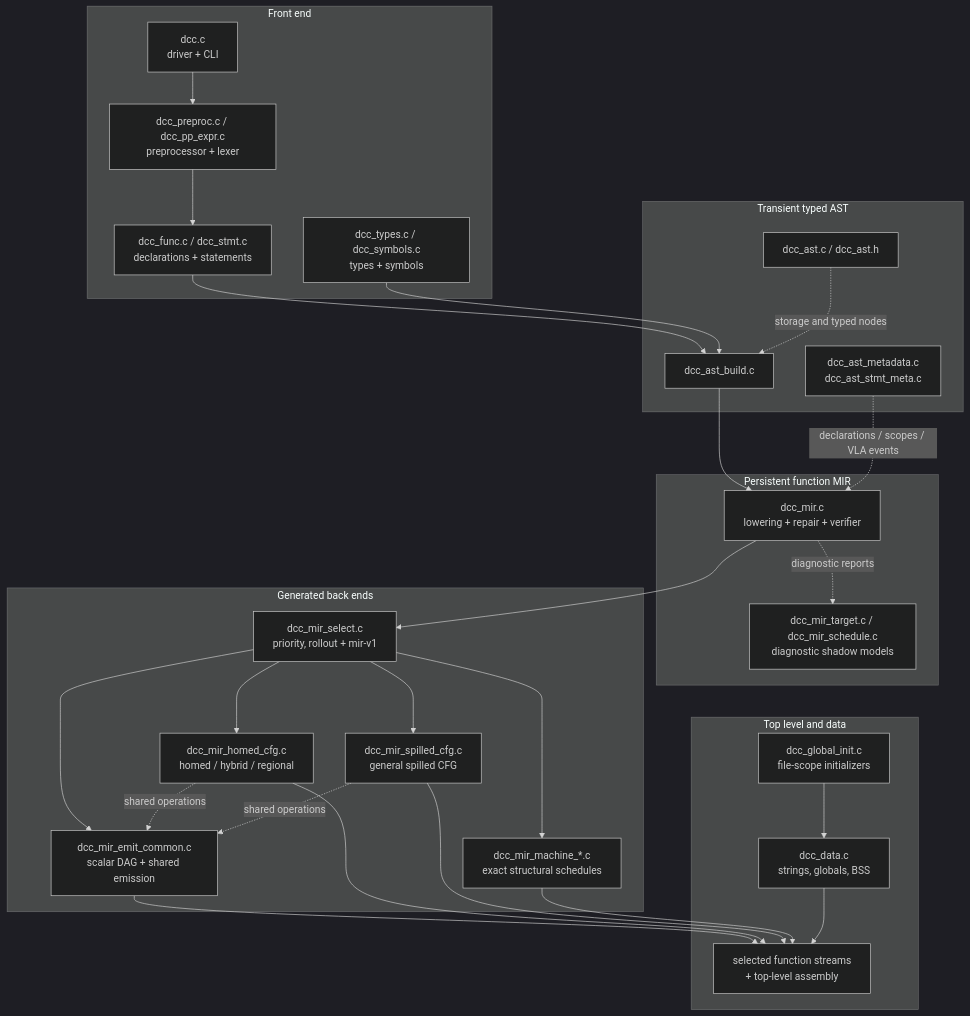
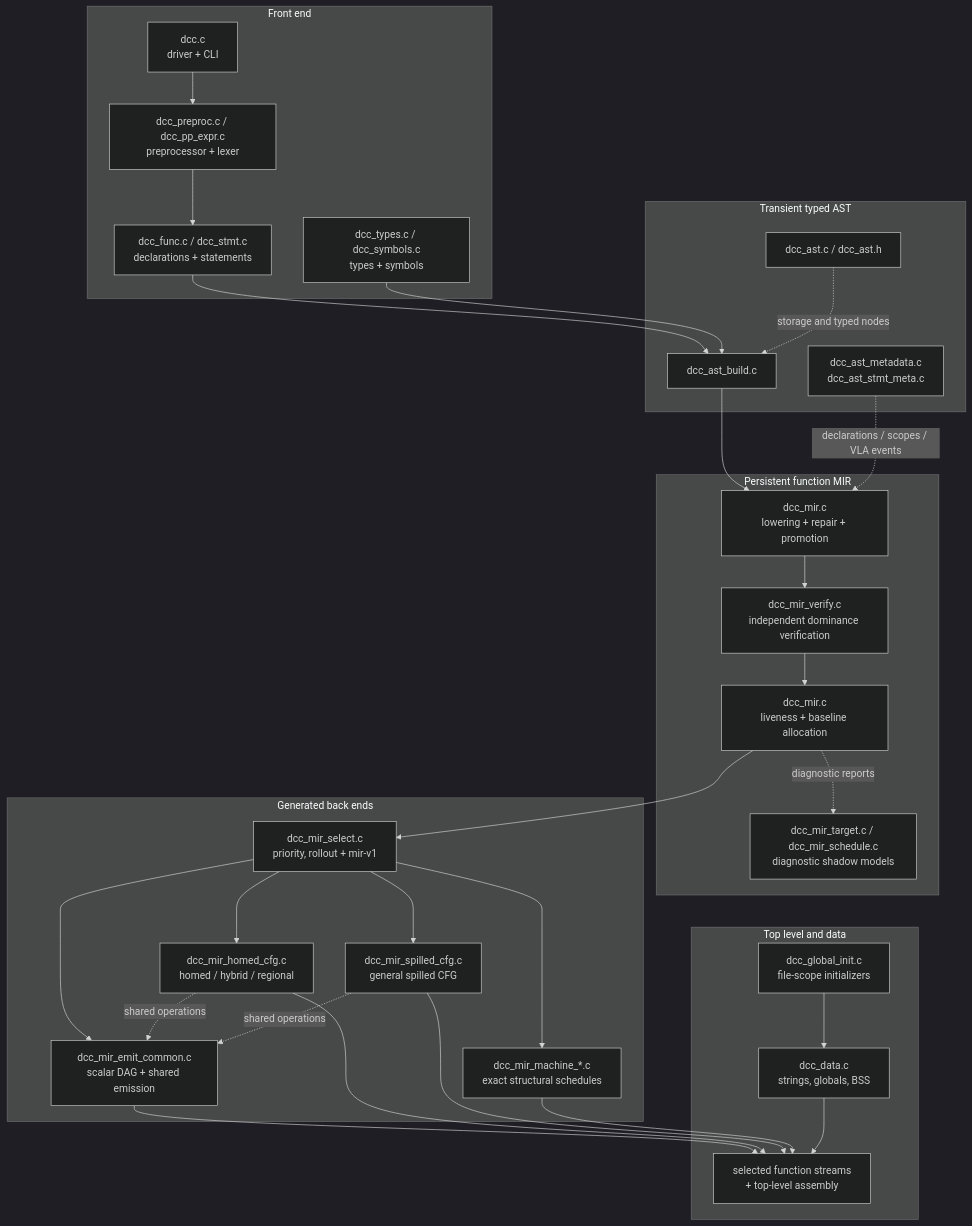
The third of 5 diagrams in docs/docs/en/appendix/00-architecture.md (davidly/dcc), drawn with Mermaid (dark theme) before and after one commit. The commit also changed other lines of this file and 18 other files, not shown here.

Commit message:
fix: enforce MIR dominance and correct loop-entry promotion (#184)

````diff
--- a/docs/docs/en/appendix/00-architecture.md
+++ b/docs/docs/en/appendix/00-architecture.md
@@ -254,52 +275,54 @@
 ```mermaid
 graph TB
     subgraph FE["Front end"]
       DRIVER["dcc.c<br/>driver + CLI"]
       PP["dcc_preproc.c / dcc_pp_expr.c<br/>preprocessor + lexer"]
       PARSER["dcc_func.c / dcc_stmt.c<br/>declarations + statements"]
       SEM["dcc_types.c / dcc_symbols.c<br/>types + symbols"]
     end
 
     subgraph AST["Transient typed AST"]
       BUILD["dcc_ast_build.c"]
       NODES["dcc_ast.c / dcc_ast.h"]
       META["dcc_ast_metadata.c<br/>dcc_ast_stmt_meta.c"]
     end
 
     subgraph MIR["Persistent function MIR"]
-      CORE["dcc_mir.c<br/>lowering + repair + verifier"]
+      CORE["dcc_mir.c<br/>lowering + repair + promotion"]
+      VERIFY["dcc_mir_verify.c<br/>independent dominance verification"]
+      ALLOCATE["dcc_mir.c<br/>liveness + baseline allocation"]
       SHADOW["dcc_mir_target.c / dcc_mir_schedule.c<br/>diagnostic shadow models"]
     end
 
     subgraph BACK["Generated back ends"]
       SELECT["dcc_mir_select.c<br/>priority, rollout + mir-v1"]
       COMMON["dcc_mir_emit_common.c<br/>scalar DAG + shared emission"]
       HOMED["dcc_mir_homed_cfg.c<br/>homed / hybrid / regional"]
       SPILLED["dcc_mir_spilled_cfg.c<br/>general spilled CFG"]
       MACHINE["dcc_mir_machine_*.c<br/>exact structural schedules"]
     end
 
     subgraph OUT["Top level and data"]
       INIT["dcc_global_init.c<br/>file-scope initializers"]
       DATA["dcc_data.c<br/>strings, globals, BSS"]
       ASM["selected function streams<br/>+ top-level assembly"]
     end
 
     DRIVER --> PP --> PARSER --> BUILD --> CORE
     SEM --> BUILD
     NODES -.storage and typed nodes.-> BUILD
     META -.declarations / scopes / VLA events.-> CORE
-    CORE --> SELECT
-    CORE -. diagnostic reports .-> SHADOW
+    CORE --> VERIFY --> ALLOCATE --> SELECT
+    ALLOCATE -. diagnostic reports .-> SHADOW
     SELECT --> COMMON
     SELECT --> HOMED
     SELECT --> SPILLED
     SELECT --> MACHINE
     HOMED -. shared operations .-> COMMON
     SPILLED -. shared operations .-> COMMON
     COMMON --> ASM
     HOMED --> ASM
     SPILLED --> ASM
     MACHINE --> ASM
     INIT --> DATA --> ASM
 ```
````
